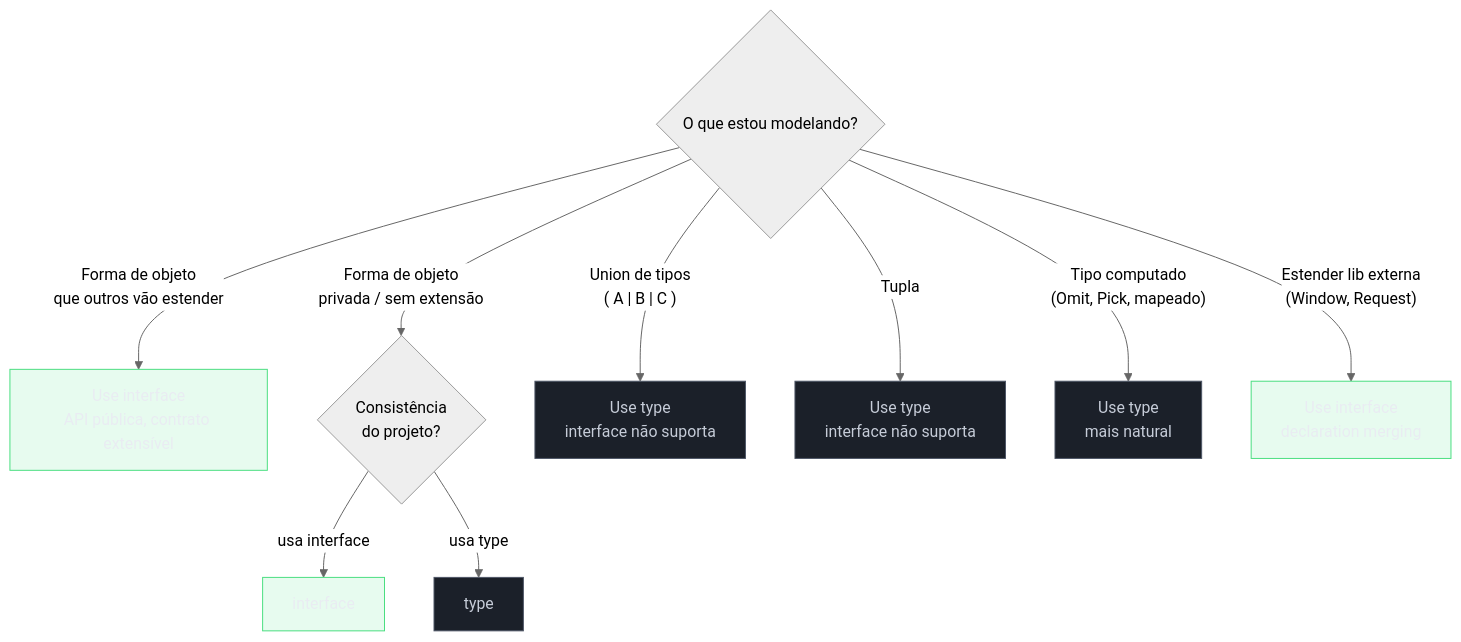
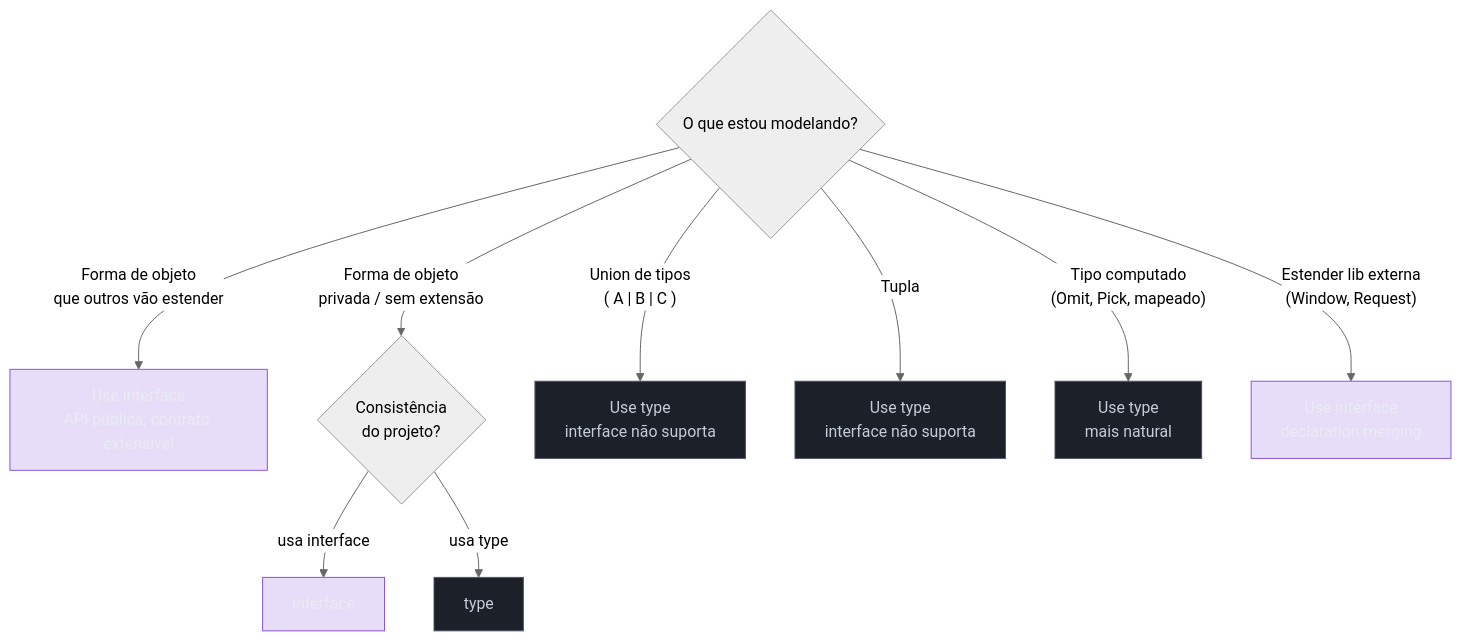
Before and after one commit to josenaldo/codex-technomanticus: the fourth of 4 diagrams in 03-Dominios/Tecnologia/TypeScript/06 - Objetos - interface vs type.md, drawn with Mermaid (neutral theme). The commit also changed other lines of this file and 601 other files, not shown here.

````diff
--- a/03-Dominios/Tecnologia/TypeScript/06 - Objetos - interface vs type.md
+++ b/03-Dominios/Tecnologia/TypeScript/06 - Objetos - interface vs type.md
@@ -538,23 +538,23 @@
 ```mermaid
 flowchart TD
-    classDef ok fill:#4ADE8021,stroke:#4ADE80,color:#E9ECF2
+    classDef marca fill:#8855DF33,stroke:#8855DF,color:#E9ECF2
     classDef neutro fill:#1B2029,stroke:#4E5666,color:#C6CCD8
     Q{"O que estou modelando?"}
 
     Q -->|"Forma de objeto<br/>que outros vão estender"| I["Use interface\nAPI pública, contrato extensível"]
     Q -->|"Forma de objeto<br/>privada / sem extensão"| EQ{"Consistência\ndo projeto?"}
     EQ -->|"usa interface"| I2["interface"]
     EQ -->|"usa type"| T2["type"]
     Q -->|"Union de tipos<br/>( A | B | C )"| T["Use type\ninterface não suporta"]
     Q -->|"Tupla"| T3["Use type\ninterface não suporta"]
     Q -->|"Tipo computado\n(Omit, Pick, mapeado)"| T4["Use type\nmais natural"]
     Q -->|"Estender lib externa\n(Window, Request)"| I3["Use interface\ndeclaration merging"]
 
-    class I ok
-    class I2 ok
-    class I3 ok
+    class I marca
+    class I2 marca
+    class I3 marca
     class T neutro
     class T2 neutro
     class T3 neutro
     class T4 neutro
 ```
````
